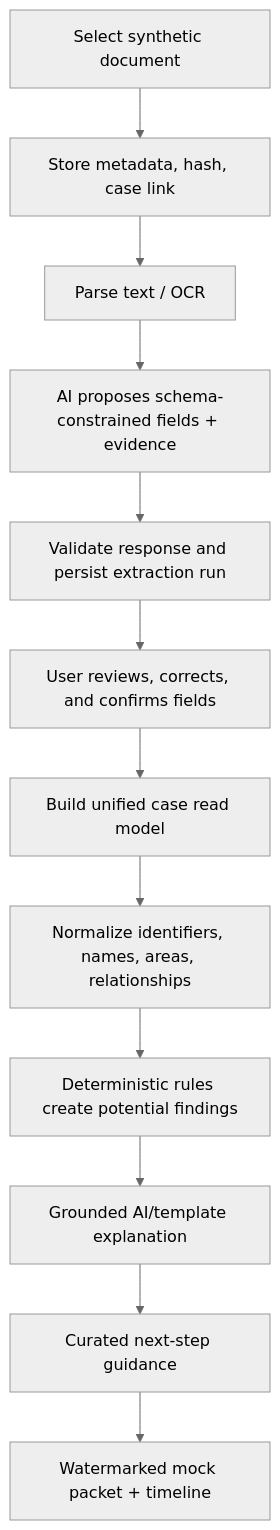
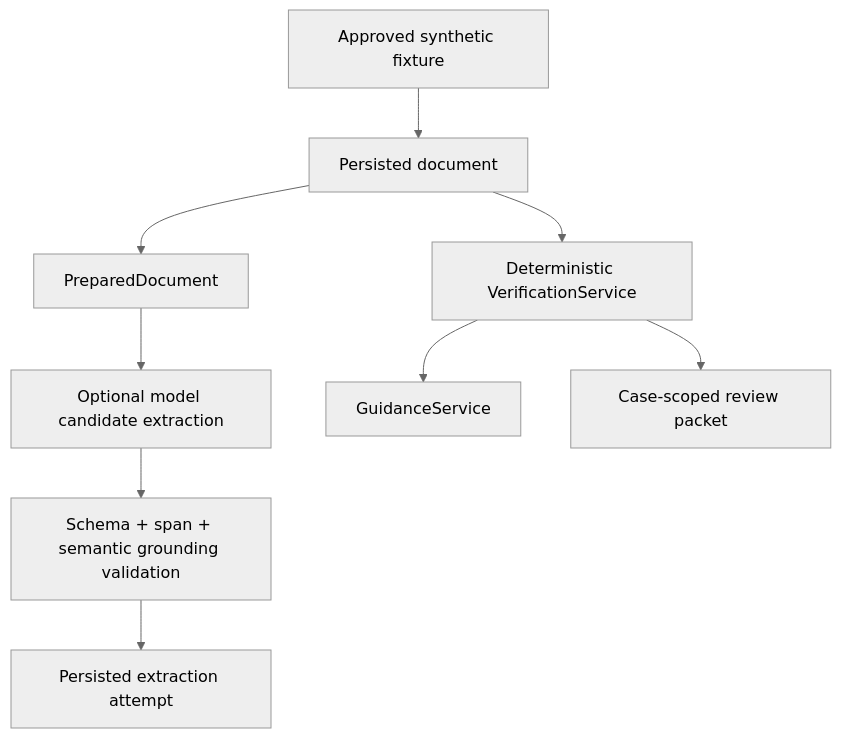
The second of 2 diagrams in docs/ARCHITECTURE.md (Haus-Nous/bhoomi-check), drawn with Mermaid (neutral theme) before and after one commit. The commit also changed other lines of this file and 41 other files, not shown here.

````diff
--- a/docs/ARCHITECTURE.md
+++ b/docs/ARCHITECTURE.md
@@ -55,14 +25,11 @@
 ```mermaid
 flowchart TD
-  A[Select synthetic document] --> B[Store metadata, hash, case link]
-  B --> C[Parse text / OCR]
-  C --> D[AI proposes schema-constrained fields + evidence]
-  D --> E[Validate response and persist extraction run]
-  E --> F[User reviews, corrects, and confirms fields]
-  F --> G[Build unified case read model]
-  G --> H[Normalize identifiers, names, areas, relationships]
-  H --> I[Deterministic rules create potential findings]
-  I --> J[Grounded AI/template explanation]
-  J --> K[Curated next-step guidance]
-  K --> L[Watermarked mock packet + timeline]
+  F[Approved synthetic fixture] --> D[Persisted document]
+  D --> P[PreparedDocument]
+  P --> E[Optional model candidate extraction]
+  E --> V[Schema + span + semantic grounding validation]
+  V --> X[Persisted extraction attempt]
+  D --> R[Deterministic VerificationService]
+  R --> G[GuidanceService]
+  R --> K[Case-scoped review packet]
 ```
````
